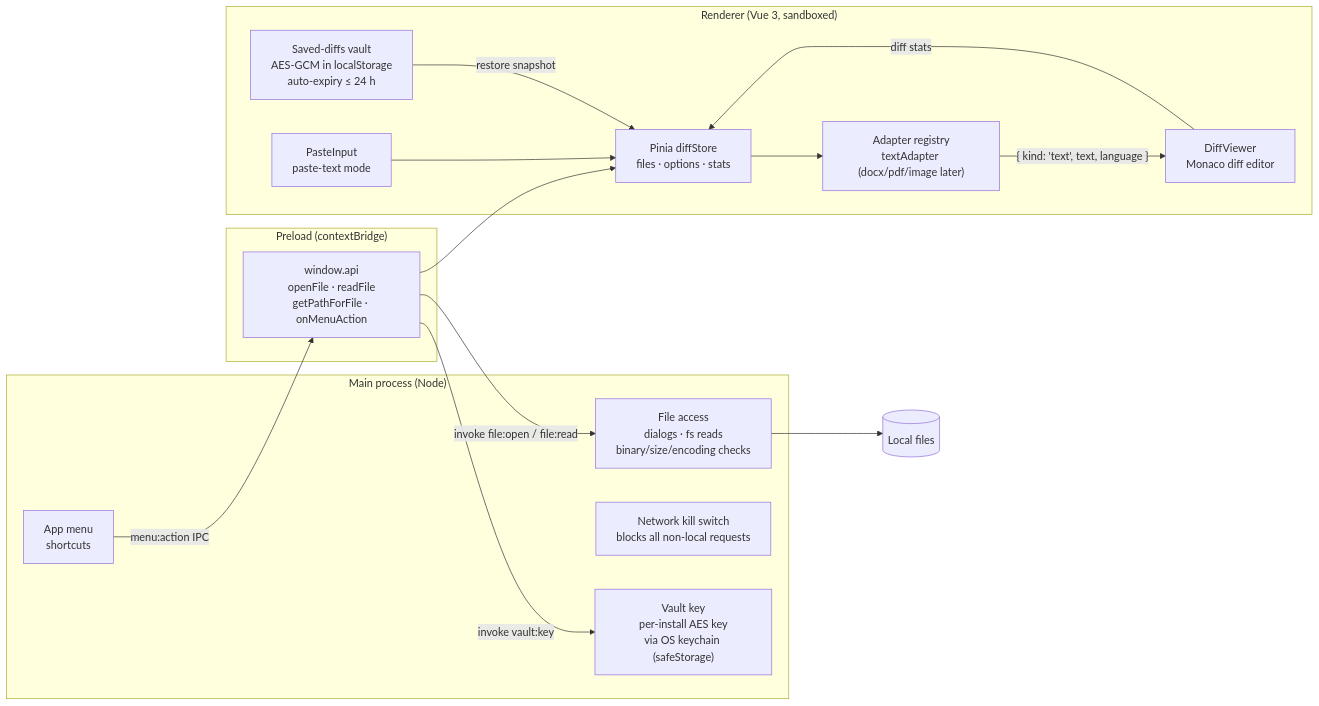
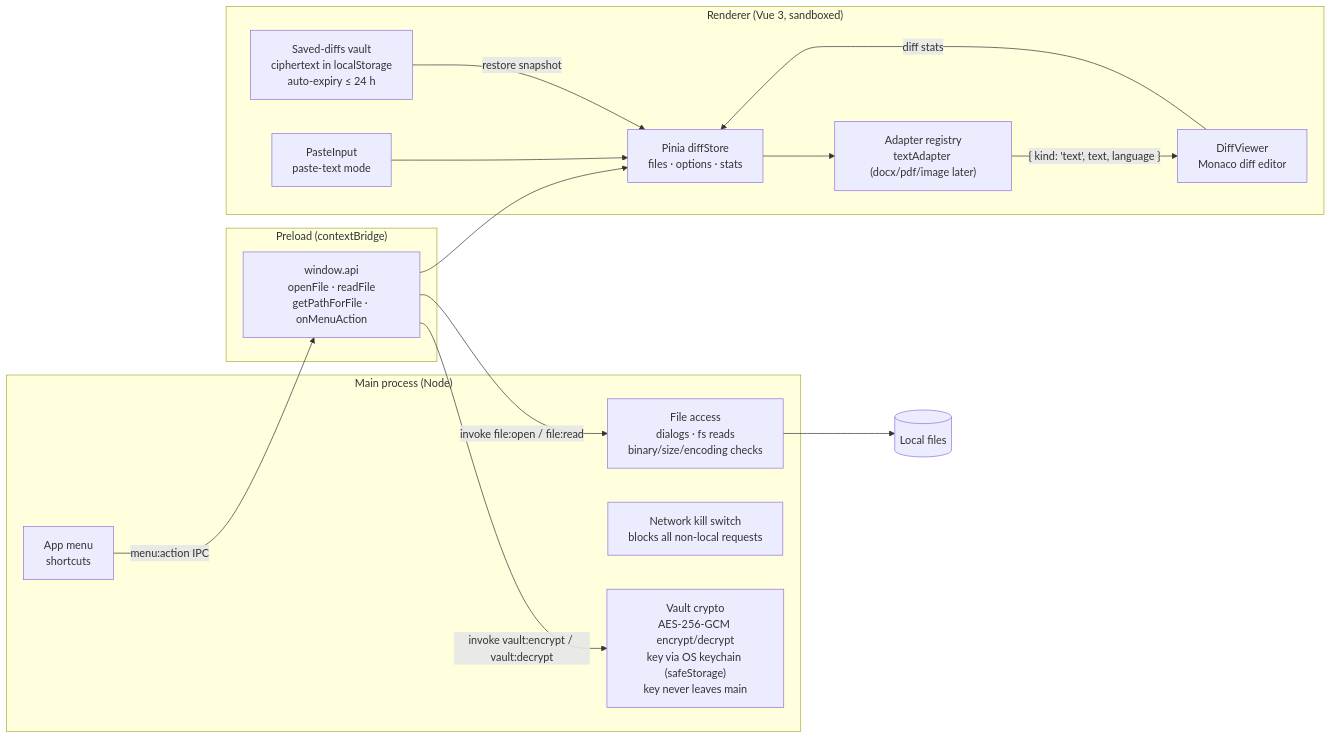
Before and after one commit to mindaugaskasp/diff-bro: the diagram in README.md, drawn with Mermaid. The commit also changed other lines of this file and 37 other files, not shown here.

Commit message:
add saved/shared diffs, theming, tests, and security hardening

````diff
--- a/README.md
+++ b/README.md
@@ -48,34 +69,34 @@
 ```mermaid
 flowchart LR
     subgraph main["Main process (Node)"]
         menu["App menu<br/>shortcuts"]
         fileio["File access<br/>dialogs · fs reads<br/>binary/size/encoding checks"]
         killswitch["Network kill switch<br/>blocks all non-local requests"]
-        vaultkey["Vault key<br/>per-install AES key<br/>via OS keychain (safeStorage)"]
+        vaultkey["Vault crypto<br/>AES-256-GCM encrypt/decrypt<br/>key via OS keychain (safeStorage)<br/>key never leaves main"]
     end
 
     subgraph preload["Preload (contextBridge)"]
         api["window.api<br/>openFile · readFile<br/>getPathForFile · onMenuAction"]
     end
 
     subgraph renderer["Renderer (Vue 3, sandboxed)"]
         store["Pinia diffStore<br/>files · options · stats"]
         adapters["Adapter registry<br/>textAdapter (docx/pdf/image later)"]
         viewer["DiffViewer<br/>Monaco diff editor"]
         paste["PasteInput<br/>paste-text mode"]
-        vault["Saved-diffs vault<br/>AES-GCM in localStorage<br/>auto-expiry ≤ 24 h"]
+        vault["Saved-diffs vault<br/>ciphertext in localStorage<br/>auto-expiry ≤ 24 h"]
     end
 
     disk[("Local files")]
 
     menu -- "menu:action IPC" --> api
     api -- "invoke file:open / file:read" --> fileio
     fileio --> disk
     api --> store
     store --> adapters
     adapters -- "{ kind: 'text', text, language }" --> viewer
     paste --> store
     viewer -- "diff stats" --> store
     vault -- "restore snapshot" --> store
-    api -- "invoke vault:key" --> vaultkey
+    api -- "invoke vault:encrypt / vault:decrypt" --> vaultkey
 ```
````
